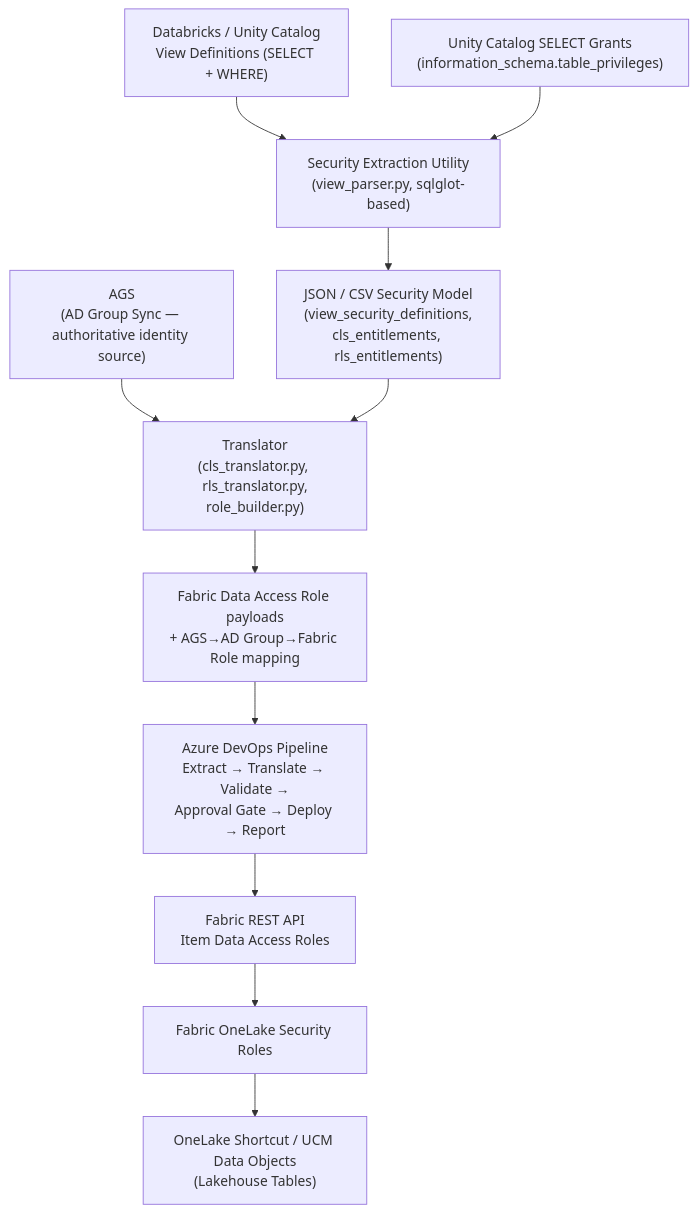
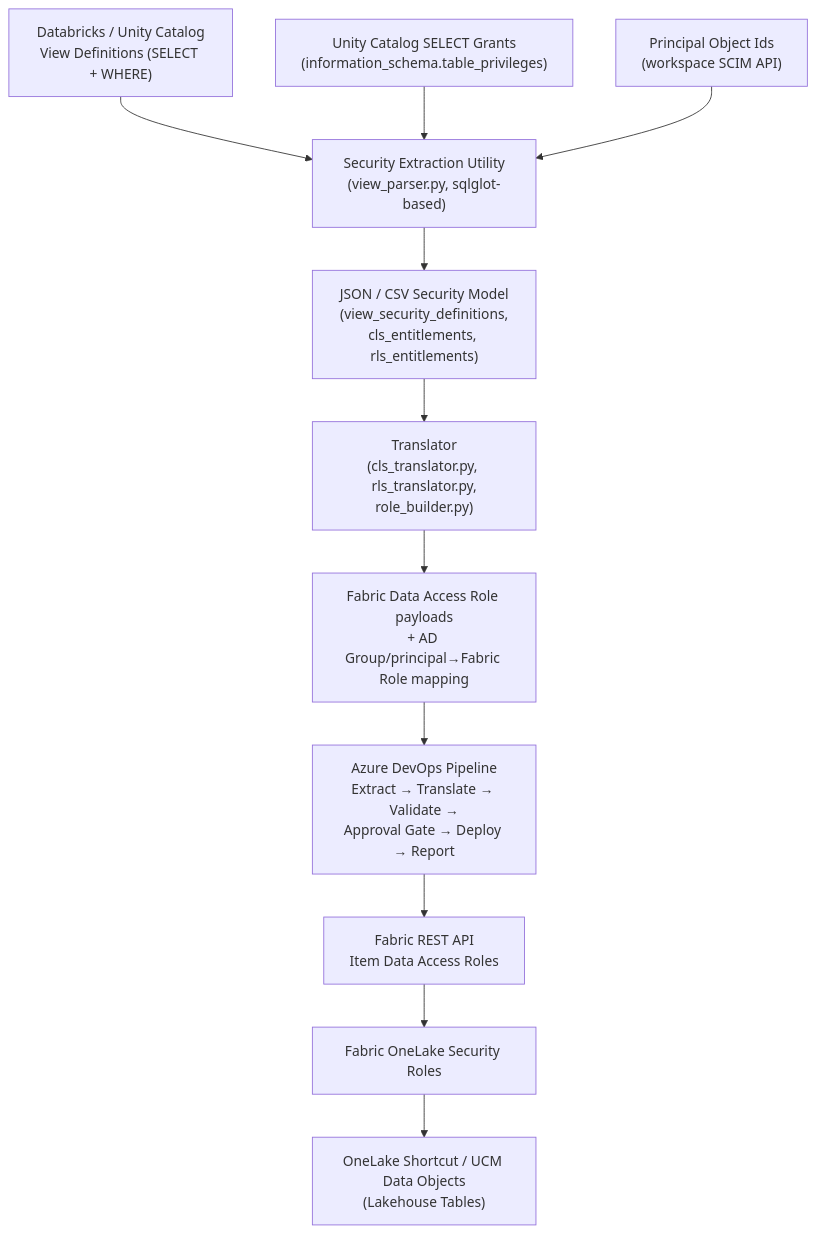
The first of 3 diagrams in docs/architecture.md (hariallaka/ADB-Fabric-Sec-Mig), drawn with Mermaid before and after one commit. The commit also changed other lines of this file and 24 other files, not shown here.

````diff
--- a/docs/architecture.md
+++ b/docs/architecture.md
@@ -5,13 +5,13 @@
 ```mermaid
 flowchart TD
     A["Databricks / Unity Catalog\nView Definitions (SELECT + WHERE)"] --> B["Security Extraction Utility\n(view_parser.py, sqlglot-based)"]
     G0["Unity Catalog SELECT Grants\n(information_schema.table_privileges)"] --> B
-    AGS["AGS\n(AD Group Sync — authoritative identity source)"] --> D
+    G1["Principal Object Ids\n(workspace SCIM API)"] --> B
     B --> C["JSON / CSV Security Model\n(view_security_definitions,\ncls_entitlements, rls_entitlements)"]
     C --> D["Translator\n(cls_translator.py, rls_translator.py,\nrole_builder.py)"]
-    D --> E["Fabric Data Access Role payloads\n+ AGS→AD Group→Fabric Role mapping"]
+    D --> E["Fabric Data Access Role payloads\n+ AD Group/principal→Fabric Role mapping"]
     E --> F["Azure DevOps Pipeline\nExtract → Translate → Validate →\nApproval Gate → Deploy → Report"]
     F --> G["Fabric REST API\nItem Data Access Roles"]
     G --> H["Fabric OneLake Security Roles"]
     H --> I["OneLake Shortcut / UCM Data Objects\n(Lakehouse Tables)"]
 ```
````
